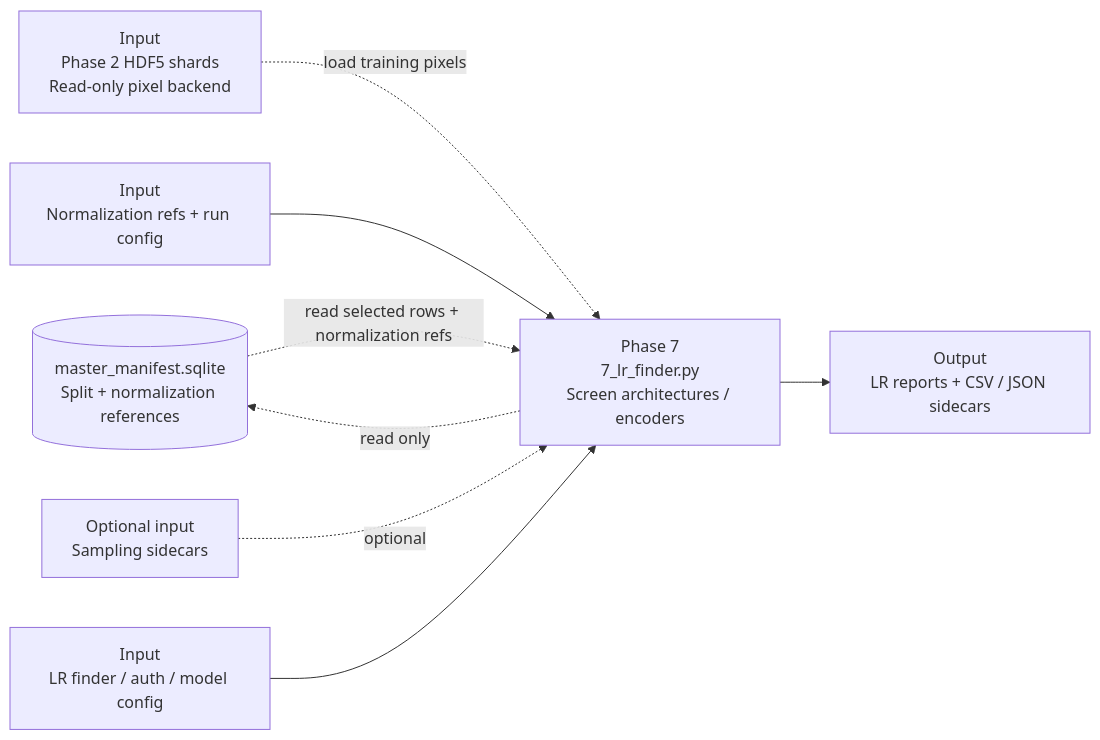
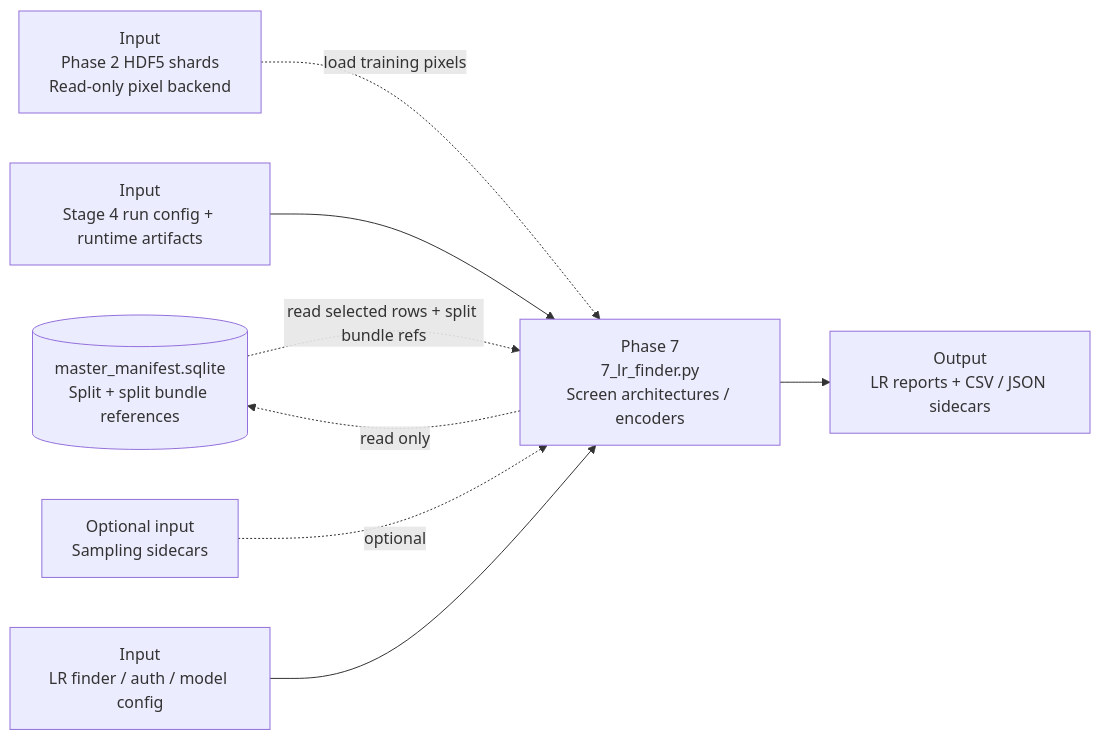
One commit to bhnunes/Master_Coding changed the diagram in MERMAID/phase_7_lr_finder.mermaid. Above: the diagram before and after it, drawn with Mermaid. The commit also changed 56 other files, not shown here.

First line of the commit message:
Add runtime normalization method handling and related tests

```diff
--- a/MERMAID/phase_7_lr_finder.mermaid
+++ b/MERMAID/phase_7_lr_finder.mermaid
@@ -1,16 +1,16 @@
 flowchart LR
-    manifest[(master_manifest.sqlite<br/>Split + normalization references)]
+    manifest[(master_manifest.sqlite<br/>Split + split bundle references)]
     shards[Input<br/>Phase 2 HDF5 shards<br/>Read-only pixel backend]
-    phase4_outputs[Input<br/>Normalization refs + run config]
+    phase4_outputs[Input<br/>Stage 4 run config + runtime artifacts]
     phase6_outputs[Optional input<br/>Sampling sidecars]
     env[Input<br/>LR finder / auth / model config]
     p7[Phase 7<br/>7_lr_finder.py<br/>Screen architectures / encoders]
     reports[Output<br/>LR reports + CSV / JSON sidecars]
 
-    manifest -. read selected rows + normalization refs .-> p7
+    manifest -. read selected rows + split bundle refs .-> p7
     shards -. load training pixels .-> p7
     phase4_outputs --> p7
     phase6_outputs -. optional .-> p7
     env --> p7
     p7 --> reports
     p7 -. read only .-> manifest
```
